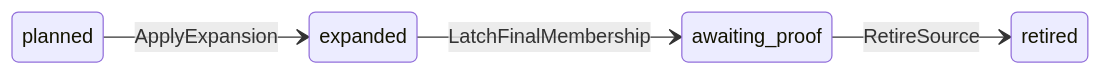
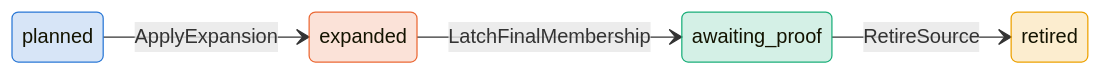
One commit to antflydb/antfly changed the first of 2 diagrams in zig/specs/tla/diagrams/metadata/AntflyPlacementRepair.md. Above: the diagram before and after it, drawn with Mermaid. The commit also changed 27 other files, not shown here.

````diff
--- a/zig/specs/tla/diagrams/metadata/AntflyPlacementRepair.md
+++ b/zig/specs/tla/diagrams/metadata/AntflyPlacementRepair.md
@@ -13,7 +13,15 @@
 ```mermaid
 stateDiagram-v2
     direction LR
     planned --> expanded : ApplyExpansion
     expanded --> awaiting_proof : LatchFinalMembership
     awaiting_proof --> retired : RetireSource
+    classDef c_planned fill:#2a78d630,stroke:#2a78d6
+    class planned c_planned
+    classDef c_expanded fill:#eb683430,stroke:#eb6834
+    class expanded c_expanded
+    classDef c_awaiting_proof fill:#1baf7a30,stroke:#1baf7a
+    class awaiting_proof c_awaiting_proof
+    classDef c_retired fill:#eda10030,stroke:#eda100
+    class retired c_retired
 ```
````
